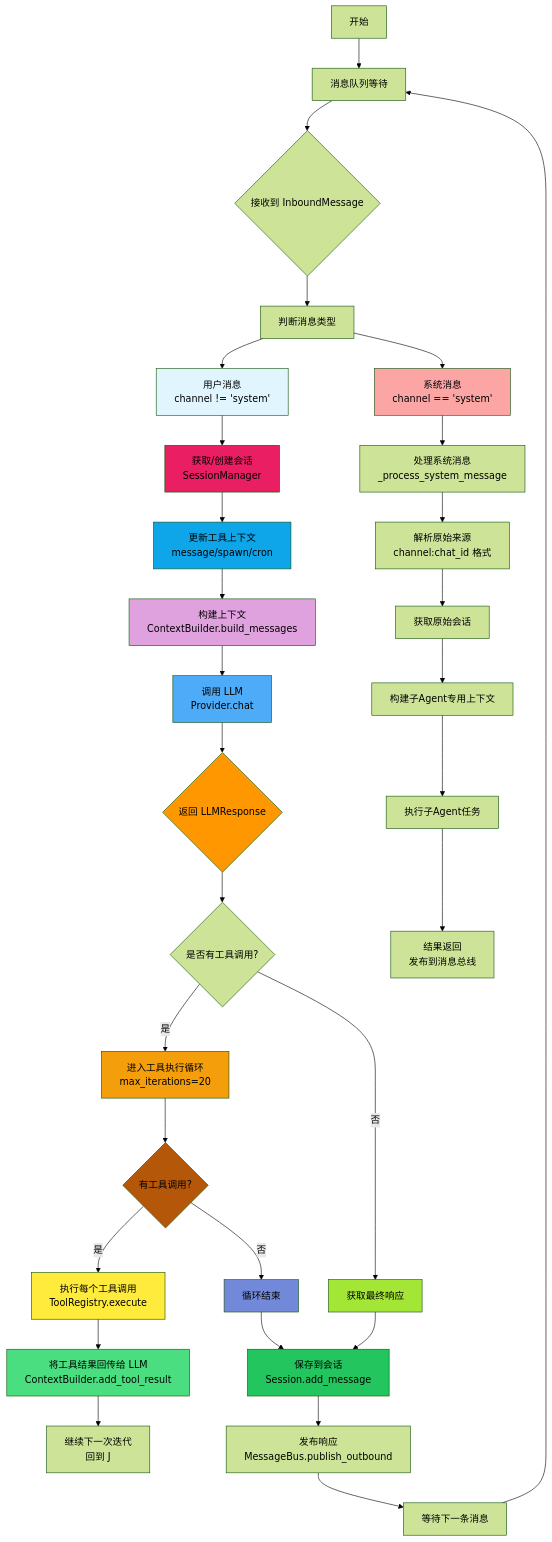
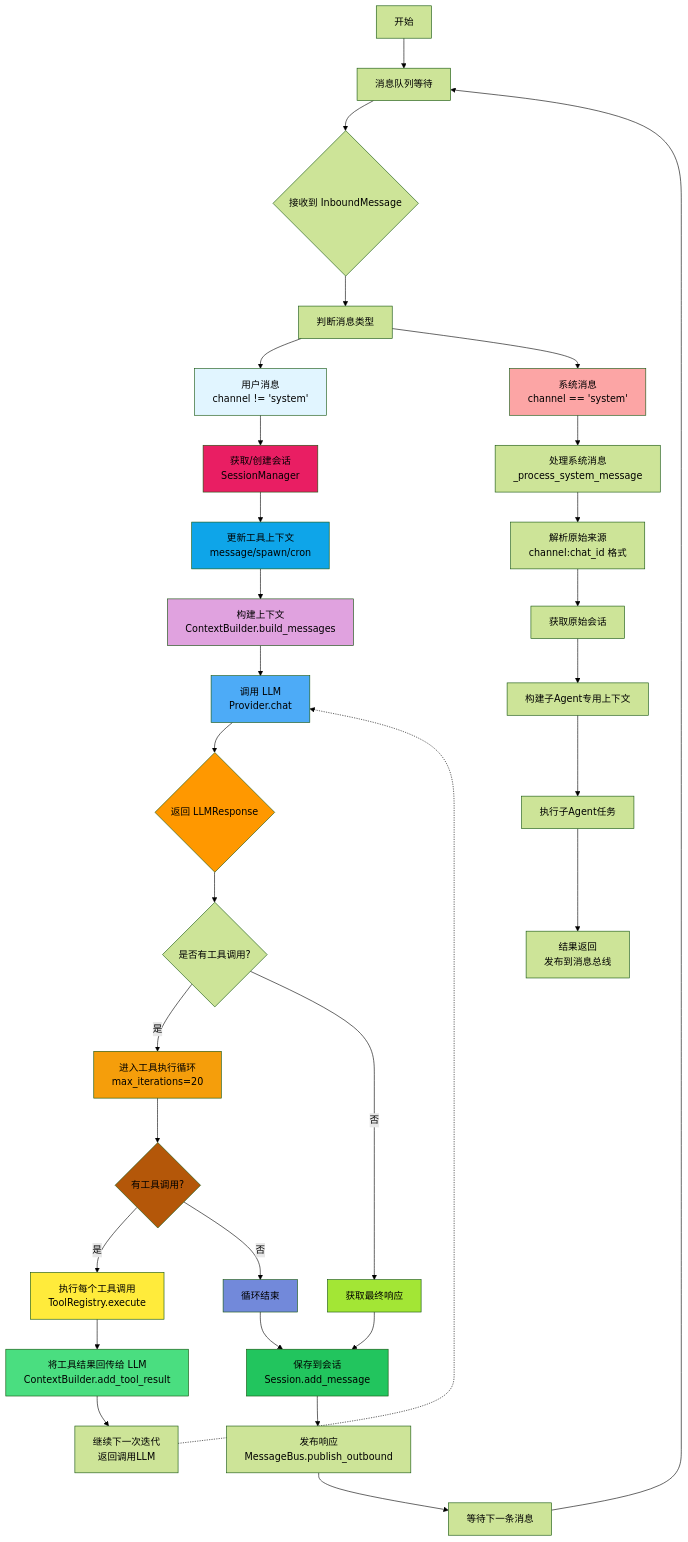
Before and after one commit to loaf/nanobot: the first of 5 diagrams in agent_loop_analysis.md, drawn with Mermaid (forest theme).

Commit message:
修改流程图

````diff
--- a/agent_loop_analysis.md
+++ b/agent_loop_analysis.md
@@ -14,57 +14,58 @@
 ```mermaid
 flowchart TD
     A[开始] --> B[消息队列等待]
     B --> C{接收到 InboundMessage}
     C --> D[判断消息类型]
 
     D --> E[用户消息<br/>channel != 'system']
     D --> F[系统消息<br/>channel == 'system']
 
     E --> G[获取/创建会话<br/>SessionManager]
     G --> H[更新工具上下文<br/>message/spawn/cron]
 
     H --> I[构建上下文<br/>ContextBuilder.build_messages]
     I --> J[调用 LLM<br/>Provider.chat]
 
     J --> K{返回 LLMResponse}
     K --> L{是否有工具调用?}
 
     L -->|是| M[进入工具执行循环<br/>max_iterations=20]
     L -->|否| N[获取最终响应]
 
     M --> O{有工具调用?}
     O -->|是| P[执行每个工具调用<br/>ToolRegistry.execute]
     O -->|否| Q[循环结束]
 
     P --> R[将工具结果回传给 LLM<br/>ContextBuilder.add_tool_result]
-    R --> S[继续下一次迭代<br/>回到 J]
+    R --> S[继续下一次迭代<br/>返回调用LLM]
+	S -...-> J
 
     N --> T[保存到会话<br/>Session.add_message]
     Q --> T
 
     T --> U[发布响应<br/>MessageBus.publish_outbound]
     U --> V[等待下一条消息]
     V --> B
 
     F --> W[处理系统消息<br/>_process_system_message]
     W --> X[解析原始来源<br/>channel:chat_id 格式]
     X --> Y[获取原始会话]
     Y --> Z[构建子Agent专用上下文]
     Z --> AA[执行子Agent任务]
     AA --> AB[结果返回<br/>发布到消息总线]
 
     style E fill:#e1f5ff
     style K fill:#ff9800
     style P fill:#ffeb3b
     style R fill:#4ade80
     style T fill:#22c55e
     style N fill:#a3e635
     style F fill:#fca5a5
     style M fill:#f59e0b
     style Q fill:#7289da
     style O fill:#b45709
     style H fill:#0ea5e9
     style I fill:#e0a2df
     style J fill:#4dabf7
     style G fill:#e91e63
 ```
````
